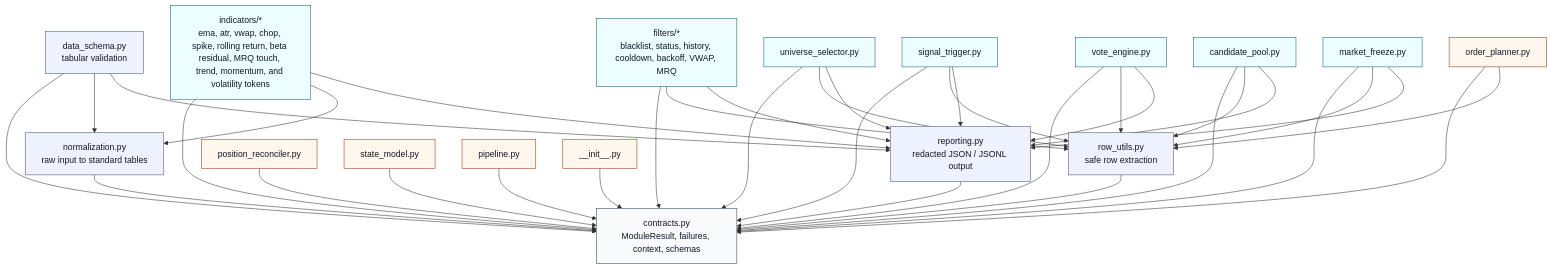
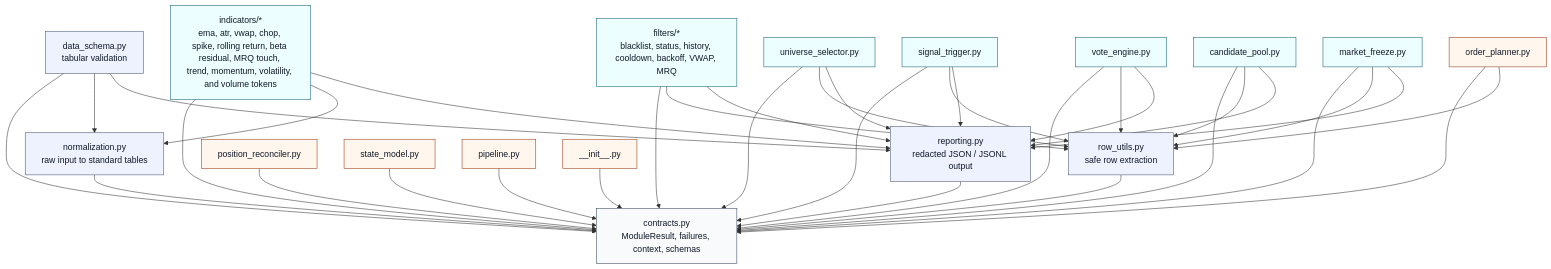
The second of 2 diagrams in README.md (waswrsis/quant-strategy-tokenizer), drawn with Mermaid before and after one commit. The commit also changed other lines of this file and 33 other files, not shown here.

Commit message:
Add volume indicator tokens

````diff
--- a/README.md
+++ b/README.md
@@ -150,77 +151,77 @@
 ```mermaid
 flowchart TD
     Contracts["contracts.py<br/>ModuleResult, failures, context, schemas"]
 
     Normalization["normalization.py<br/>raw input to standard tables"]
     RowUtils["row_utils.py<br/>safe row extraction"]
     Reporting["reporting.py<br/>redacted JSON / JSONL output"]
     DataSchema["data_schema.py<br/>tabular validation"]
 
-    Indicators["indicators/*<br/>ema, atr, vwap, chop, spike, rolling return, beta residual, MRQ touch, trend, momentum, and volatility tokens"]
+    Indicators["indicators/*<br/>ema, atr, vwap, chop, spike, rolling return, beta residual, MRQ touch, trend, momentum, volatility, and volume tokens"]
     Filters["filters/*<br/>blacklist, status, history, cooldown, backoff, VWAP, MRQ"]
 
     Universe["universe_selector.py"]
     Signals["signal_trigger.py"]
     Votes["vote_engine.py"]
     Candidates["candidate_pool.py"]
     Freeze["market_freeze.py"]
 
     Orders["order_planner.py"]
     Positions["position_reconciler.py"]
     State["state_model.py"]
     Pipeline["pipeline.py"]
     PublicAPI["__init__.py"]
 
     PublicAPI --> Contracts
 
     Normalization --> Contracts
     RowUtils --> Contracts
     Reporting --> Contracts
     DataSchema --> Contracts
     DataSchema --> Normalization
     DataSchema --> Reporting
 
     Indicators --> Contracts
     Indicators --> Normalization
     Indicators --> Reporting
 
     Filters --> Contracts
     Filters --> RowUtils
     Filters --> Reporting
 
     Universe --> Contracts
     Universe --> RowUtils
     Universe --> Reporting
 
     Signals --> Contracts
     Signals --> RowUtils
     Signals --> Reporting
 
     Votes --> Contracts
     Votes --> RowUtils
     Votes --> Reporting
 
     Candidates --> Contracts
     Candidates --> RowUtils
     Candidates --> Reporting
 
     Freeze --> Contracts
     Freeze --> RowUtils
     Freeze --> Reporting
 
     Orders --> Contracts
     Orders --> RowUtils
     Positions --> Contracts
     State --> Contracts
     Pipeline --> Contracts
 
     classDef core fill:#f8fafc,stroke:#334155,color:#111827;
     classDef helper fill:#eef2ff,stroke:#475569,color:#111827;
     classDef module fill:#ecfeff,stroke:#155e75,color:#111827;
     classDef plan fill:#fff7ed,stroke:#9a3412,color:#111827;
 
     class Contracts core;
     class Normalization,RowUtils,Reporting,DataSchema helper;
     class Indicators,Filters,Universe,Signals,Votes,Candidates,Freeze module;
     class Orders,Positions,State,Pipeline,PublicAPI plan;
 ```
````
